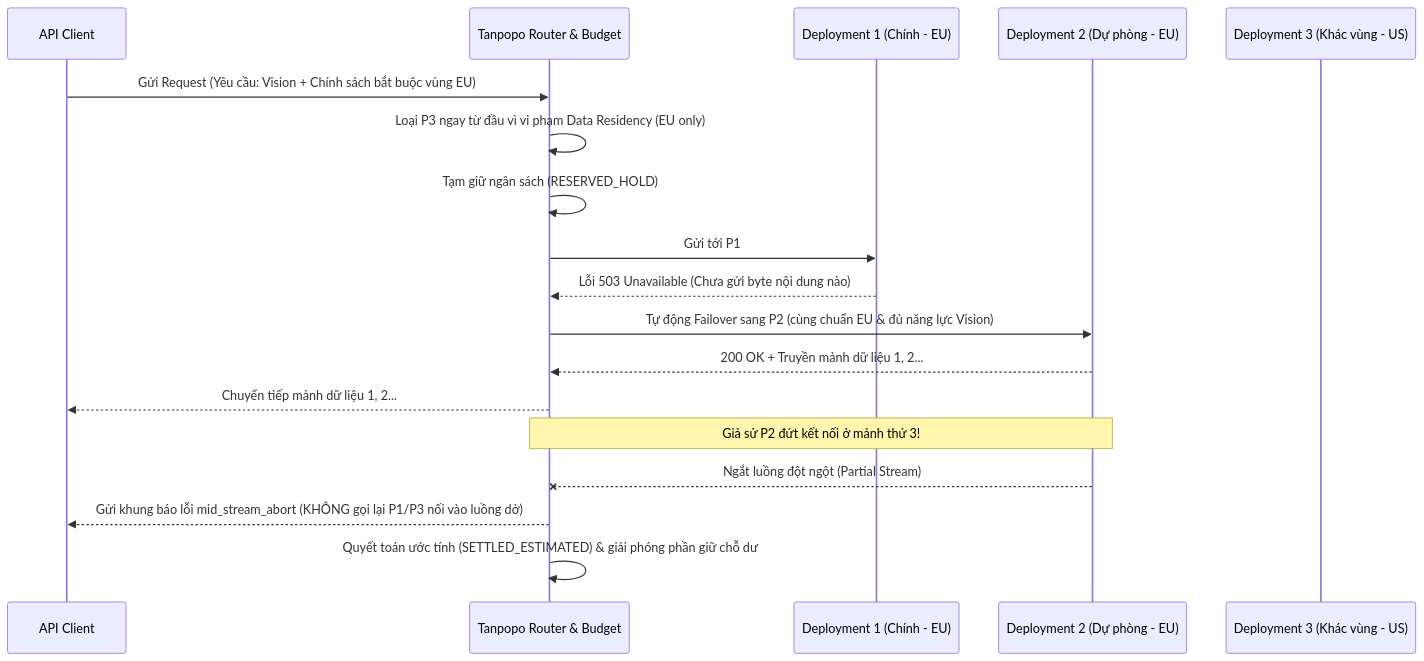
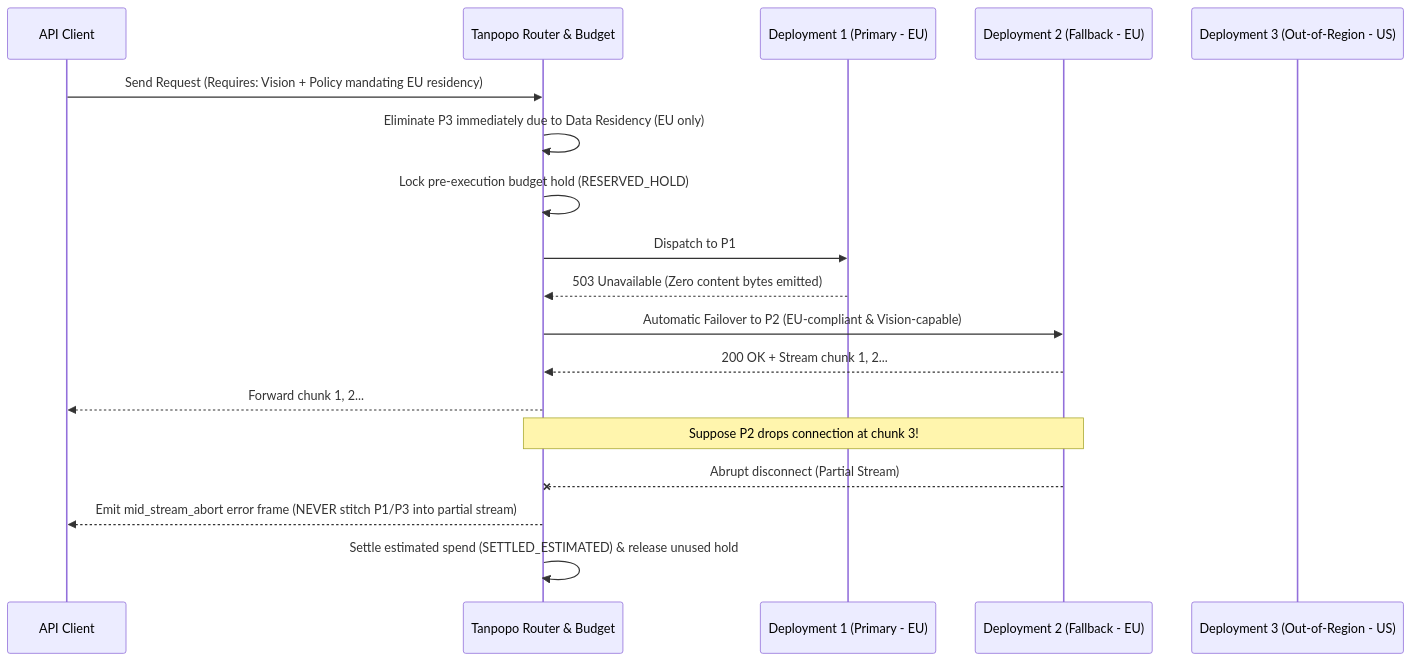
One commit to nguywnben/tanpopo changed the third of 4 diagrams in docs/requirements/workflows.md. Above: the diagram before and after it, drawn with Mermaid. The commit also changed other lines of this file and 111 other files, not shown here.

````diff
--- a/docs/requirements/workflows.md
+++ b/docs/requirements/workflows.md
@@ -132,21 +132,21 @@
 ```mermaid
 sequenceDiagram
     participant C as API Client
     participant R as Tanpopo Router & Budget
-    participant P1 as Deployment 1 (Chính - EU)
-    participant P2 as Deployment 2 (Dự phòng - EU)
-    participant P3 as Deployment 3 (Khác vùng - US)
+    participant P1 as Deployment 1 (Primary - EU)
+    participant P2 as Deployment 2 (Fallback - EU)
+    participant P3 as Deployment 3 (Out-of-Region - US)
 
-    C->>R: Gửi Request (Yêu cầu: Vision + Chính sách bắt buộc vùng EU)
-    R->>R: Loại P3 ngay từ đầu vì vi phạm Data Residency (EU only)
-    R->>R: Tạm giữ ngân sách (RESERVED_HOLD)
-    R->>P1: Gửi tới P1
-    P1-->>R: Lỗi 503 Unavailable (Chưa gửi byte nội dung nào)
-    R->>P2: Tự động Failover sang P2 (cùng chuẩn EU & đủ năng lực Vision)
-    P2-->>R: 200 OK + Truyền mảnh dữ liệu 1, 2...
-    R-->>C: Chuyển tiếp mảnh dữ liệu 1, 2...
-    Note over P2,R: Giả sử P2 đứt kết nối ở mảnh thứ 3!
-    P2--xR: Ngắt luồng đột ngột (Partial Stream)
-    R-->>C: Gửi khung báo lỗi mid_stream_abort (KHÔNG gọi lại P1/P3 nối vào luồng dở)
-    R->>R: Quyết toán ước tính (SETTLED_ESTIMATED) & giải phóng phần giữ chỗ dư
+    C->>R: Send Request (Requires: Vision + Policy mandating EU residency)
+    R->>R: Eliminate P3 immediately due to Data Residency (EU only)
+    R->>R: Lock pre-execution budget hold (RESERVED_HOLD)
+    R->>P1: Dispatch to P1
+    P1-->>R: 503 Unavailable (Zero content bytes emitted)
+    R->>P2: Automatic Failover to P2 (EU-compliant & Vision-capable)
+    P2-->>R: 200 OK + Stream chunk 1, 2...
+    R-->>C: Forward chunk 1, 2...
+    Note over P2,R: Suppose P2 drops connection at chunk 3!
+    P2--xR: Abrupt disconnect (Partial Stream)
+    R-->>C: Emit mid_stream_abort error frame (NEVER stitch P1/P3 into partial stream)
+    R->>R: Settle estimated spend (SETTLED_ESTIMATED) & release unused hold
 ```
````
